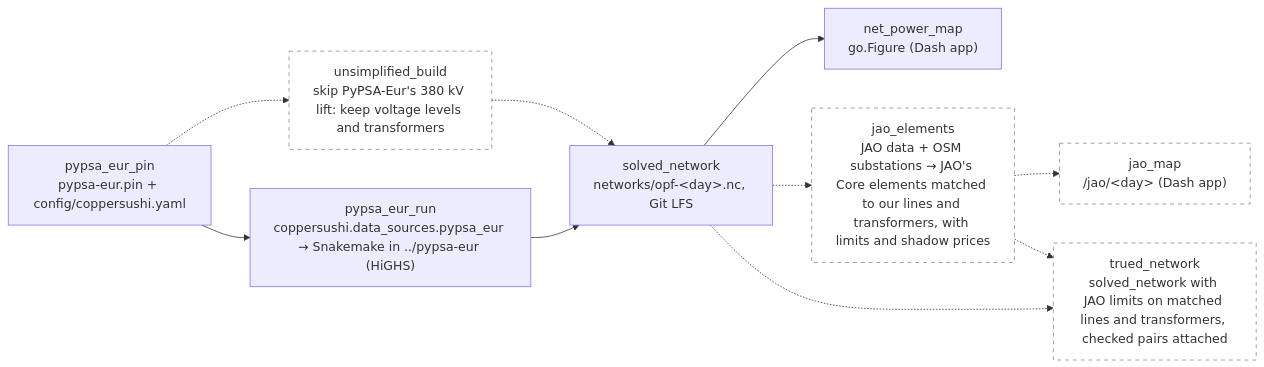
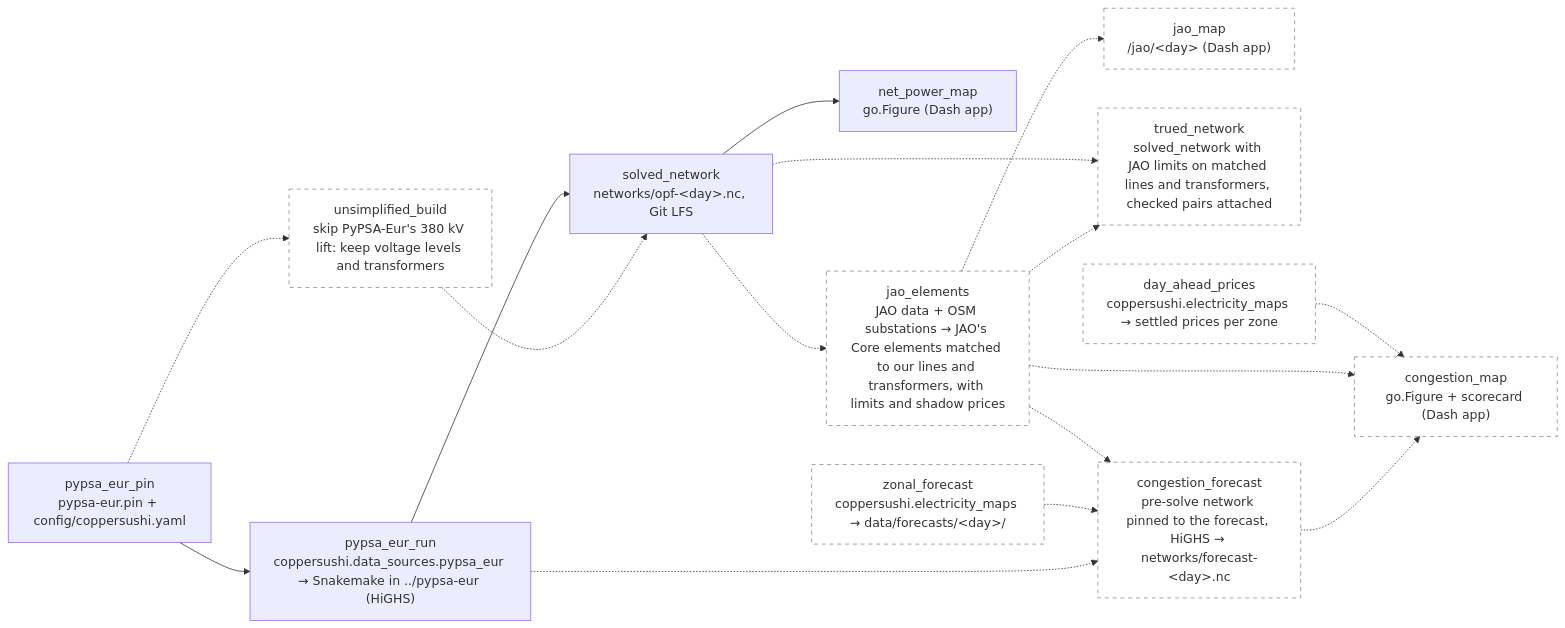
Before and after one commit to zoltanmaric/coppersushi: the diagram in wiki/sushi-2.md, drawn with Mermaid. The commit also changed 5 other files, not shown here.

First line of the commit message:
Plan the hackathon cut: Core congestion forecast

````diff
--- a/wiki/sushi-2.md
+++ b/wiki/sushi-2.md
@@ -16,25 +16,35 @@
 ```mermaid
 flowchart LR
     classDef planned stroke-dasharray: 5 5,stroke:#888,fill:none
 
     net_power_map["net_power_map<br/>go.Figure (Dash app)"]
 
     pypsa_eur_pin["pypsa_eur_pin<br/>pypsa-eur.pin + config/coppersushi.yaml"]
     pypsa_eur_run["pypsa_eur_run<br/>coppersushi.data_sources.pypsa_eur → Snakemake in ../pypsa-eur (HiGHS)"]
     solved_network["solved_network<br/>networks/opf-&lt;day&gt;.nc, Git LFS"]
 
     unsimplified["unsimplified_build<br/>skip PyPSA-Eur's 380 kV lift: keep voltage levels and transformers"]:::planned
     jao_elements["jao_elements<br/>JAO data + OSM substations → JAO's Core elements matched to our lines and transformers, with limits and shadow prices"]:::planned
     jao_map["jao_map<br/>/jao/&lt;day&gt; (Dash app)"]:::planned
     trued_network["trued_network<br/>solved_network with JAO limits on matched lines and transformers, checked pairs attached"]:::planned
+    zonal_forecast["zonal_forecast<br/>coppersushi.electricity_maps → data/forecasts/&lt;day&gt;/"]:::planned
+    congestion_forecast["congestion_forecast<br/>pre-solve network pinned to the forecast, HiGHS → networks/forecast-&lt;day&gt;.nc"]:::planned
+    day_ahead_prices["day_ahead_prices<br/>coppersushi.electricity_maps → settled prices per zone"]:::planned
+    congestion_map["congestion_map<br/>go.Figure + scorecard (Dash app)"]:::planned
 
     pypsa_eur_pin --> pypsa_eur_run
     pypsa_eur_pin -.-> unsimplified
     unsimplified -.-> solved_network
     pypsa_eur_run --> solved_network
     solved_network --> net_power_map
     solved_network -.-> jao_elements
     jao_elements -.-> jao_map
     jao_elements -.-> trued_network
     solved_network -.-> trued_network
+    pypsa_eur_run -.-> congestion_forecast
+    zonal_forecast -.-> congestion_forecast
+    congestion_forecast -.-> congestion_map
+    jao_elements -.-> congestion_forecast
+    jao_elements -.-> congestion_map
+    day_ahead_prices -.-> congestion_map
 ```
````
